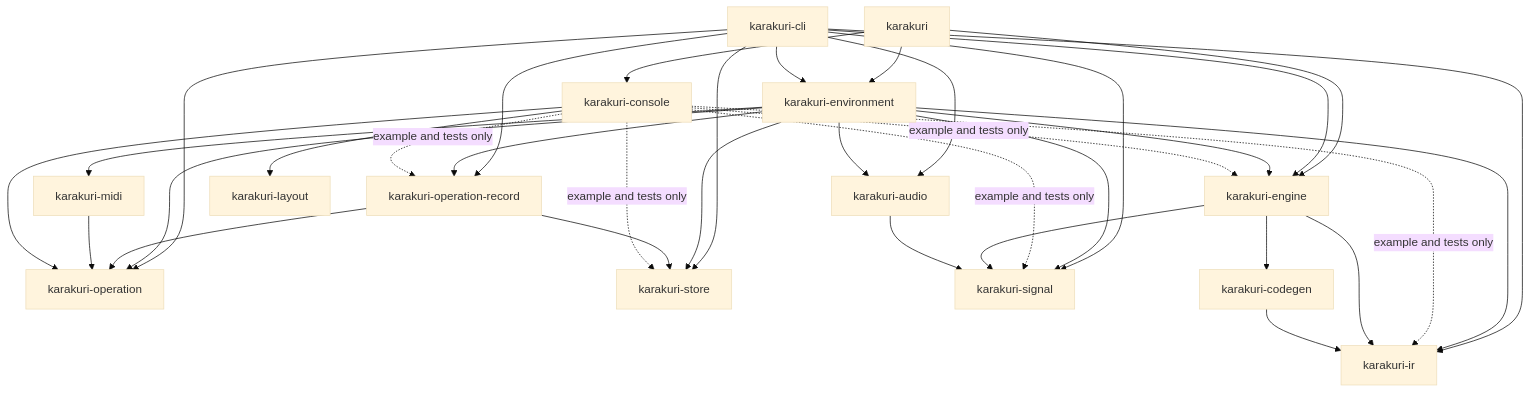
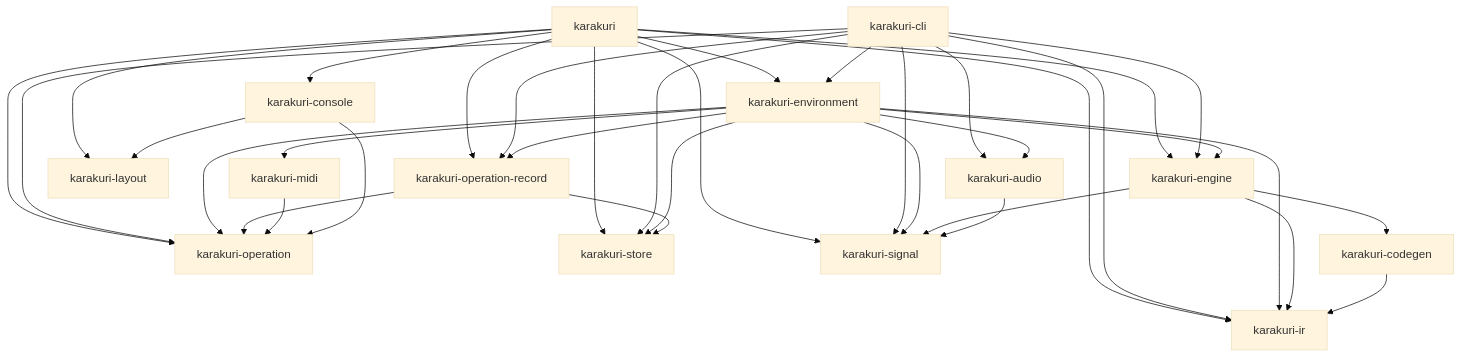
The first of 3 diagrams in docs/architecture.md (toyoshim-i/Karakuri), drawn with Mermaid (base theme) before and after one commit. The commit also changed other lines of this file and 14 other files, not shown here.

````diff
--- a/docs/architecture.md
+++ b/docs/architecture.md
@@ -32,45 +32,46 @@
 ```mermaid
 graph TD
     APP[karakuri] --> CONSOLE
     APP --> ENV
     APP --> ENGINE
+    APP --> OPRECORD
+    APP --> OPERATION
+    APP --> STORE
+    APP --> IR
+    APP --> LAYOUT
+    APP --> SIGNAL
 
     CLI[karakuri-cli] --> ENV[karakuri-environment]
     CLI --> ENGINE[karakuri-engine]
     CLI --> OPRECORD[karakuri-operation-record]
     CLI --> OPERATION
     CLI --> AUDIO[karakuri-audio]
     CLI --> STORE[karakuri-store]
     CLI --> IR[karakuri-ir]
     CLI --> SIGNAL[karakuri-signal]
 
     ENV --> ENGINE
     ENV --> AUDIO
     ENV --> MIDI[karakuri-midi]
     ENV --> STORE
     ENV --> IR
     ENV --> SIGNAL
     ENV --> OPERATION
     ENV --> OPRECORD
 
     OPRECORD --> OPERATION
     OPRECORD --> STORE
 
     MIDI --> OPERATION
 
     CONSOLE[karakuri-console] --> LAYOUT[karakuri-layout]
     CONSOLE --> OPERATION[karakuri-operation]
-    CONSOLE -.->|example and tests only| ENGINE
-    CONSOLE -.->|example and tests only| OPRECORD
-    CONSOLE -.->|example and tests only| STORE
-    CONSOLE -.->|example and tests only| IR
-    CONSOLE -.->|example and tests only| SIGNAL
 
     ENGINE --> CODEGEN[karakuri-codegen]
     ENGINE --> IR
     ENGINE --> SIGNAL
 
     CODEGEN --> IR
 
     AUDIO --> SIGNAL
 ```
````
